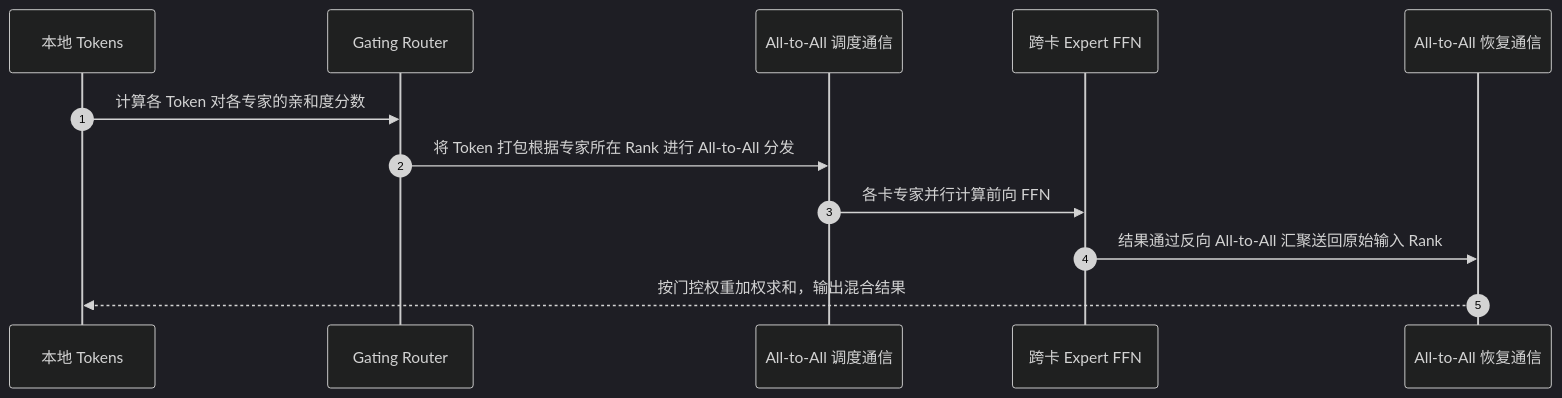
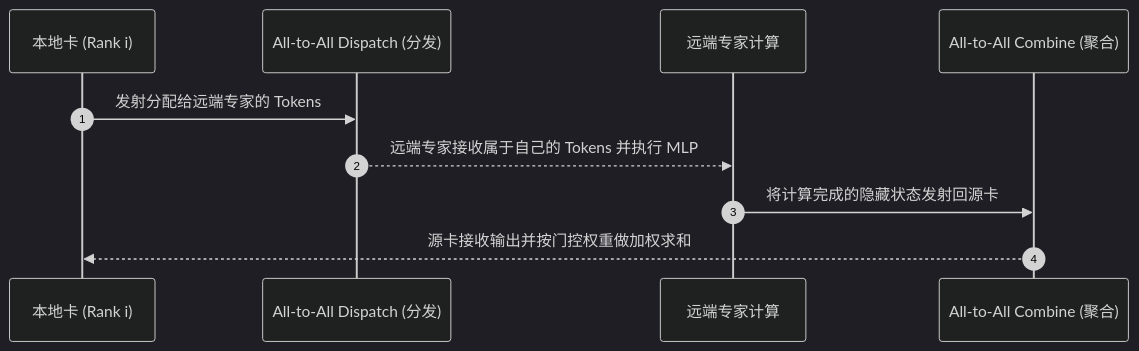
One commit to hsthanb4/hpclearning changed the second of 2 diagrams in train/lesson10.qmd. Above: the diagram before and after it, drawn with Mermaid (dark theme). The commit also changed other lines of this file and 89 other files, not shown here.

Commit message:
style(docs): relocate images and diagrams adjacent to their textual references across all lessons

````diff
--- a/train/lesson10.qmd
+++ b/train/lesson10.qmd
@@ -42,15 +79,13 @@
 ```{mermaid}
 sequenceDiagram
     autonumber
-    participant T as 本地 Tokens
-    participant R as Gating Router
-    participant A2A1 as All-to-All 调度通信
-    participant Exp as 跨卡 Expert FFN
-    participant A2A2 as All-to-All 恢复通信
+    participant Rank as 本地卡 (Rank i)
+    participant A2A_D as All-to-All Dispatch (分发)
+    participant Expert as 远端专家计算
+    participant A2A_C as All-to-All Combine (聚合)
 
-    T->>R: 计算各 Token 对各专家的亲和度分数
-    R->>A2A1: 将 Token 打包根据专家所在 Rank 进行 All-to-All 分发
-    A2A1->>Exp: 各卡专家并行计算前向 FFN
-    Exp->>A2A2: 结果通过反向 All-to-All 汇聚送回原始输入 Rank
-    A2A2-->>T: 按门控权重加权求和，输出混合结果
+    Rank->>A2A_D: 发射分配给远端专家的 Tokens
+    A2A_D-->>Expert: 远端专家接收属于自己的 Tokens 并执行 MLP
+    Expert->>A2A_C: 将计算完成的隐藏状态发射回源卡
+    A2A_C-->>Rank: 源卡接收输出并按门控权重做加权求和
 ```
````
